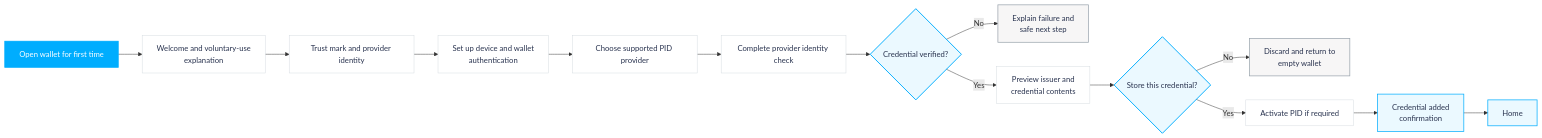
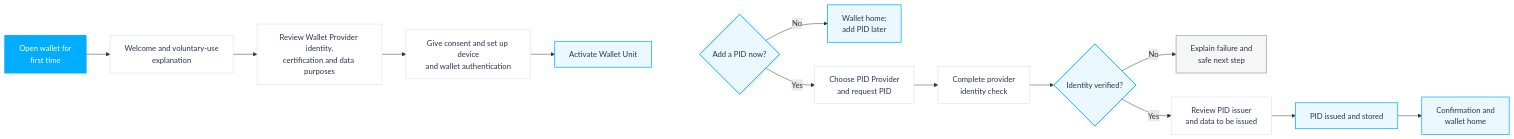
One commit to SensoryExplosion/SensoryExplosion.github.io changed the diagram in eudiw-case-study/assets/flows/sources/activation.mmd. Above: the diagram before and after it, drawn with Mermaid. The commit also changed 26 other files, not shown here.

```diff
--- a/eudiw-case-study/assets/flows/sources/activation.mmd
+++ b/eudiw-case-study/assets/flows/sources/activation.mmd
@@ -1,25 +1,25 @@
 flowchart LR
-  A[Open wallet for first time] --> B[Welcome and voluntary-use<br/>explanation]
-  B --> C[Trust mark and provider identity]
-  C --> D[Set up device and wallet<br/>authentication]
-  D --> E[Choose supported PID provider]
-  E --> F[Complete provider identity check]
-  F --> G{Credential verified?}
-  G -- No --> H[Explain failure and<br/>safe next step]
-  G -- Yes --> I[Preview issuer and<br/>credential contents]
-  I --> J{Store this credential?}
-  J -- No --> K[Discard and return to<br/>empty wallet]
-  J -- Yes --> L[Activate PID if required]
-  L --> M[Credential added<br/>confirmation]
-  M --> N[Home]
+  A[Open wallet for<br/>first time] --> B[Welcome and voluntary-use<br/>explanation]
+  B --> C[Review Wallet Provider identity,<br/>certification and data purposes]
+  C --> D[Give consent and set up device<br/>and wallet authentication]
+  D --> E[Activate Wallet Unit]
+  E ~~~~ F{Add a PID now?}
+  F -- No --> G[Wallet home;<br/>add PID later]
+  F -- Yes --> H[Choose PID Provider<br/>and request PID]
+  H --> I[Complete provider<br/>identity check]
+  I --> J{Identity verified?}
+  J -- No --> K[Explain failure and<br/>safe next step]
+  J -- Yes --> L[Review PID issuer<br/>and data to be issued]
+  L --> M[PID issued and stored]
+  M --> N[Confirmation and<br/>wallet home]
   classDef start fill:#00adfe,color:#ffffff,stroke:#00adfe,stroke-width:2px
-  classDef primary fill:#00adfe14,color:#29334f,stroke:#00adfe,stroke-width:1.5px
   classDef secondary fill:#ffffff,color:#29334f,stroke:#d5dbe0,stroke-width:1px
   classDef decision fill:#00adfe14,color:#29334f,stroke:#00adfe,stroke-width:2px
+  classDef action fill:#00adfe14,color:#29334f,stroke:#00adfe,stroke-width:1.5px
   classDef warning fill:#f7f6f6,color:#29334f,stroke:#9aa4ad,stroke-width:1.5px
   classDef success fill:#00adfe14,color:#29334f,stroke:#00adfe,stroke-width:1.5px
   class A start
-  class B,C,D,E,F,I,L secondary
-  class G,J decision
-  class H,K warning
-  class M,N success
+  class B,C,D,H,I,L secondary
+  class F,J decision
+  class K warning
+  class E,G,M,N success
```
